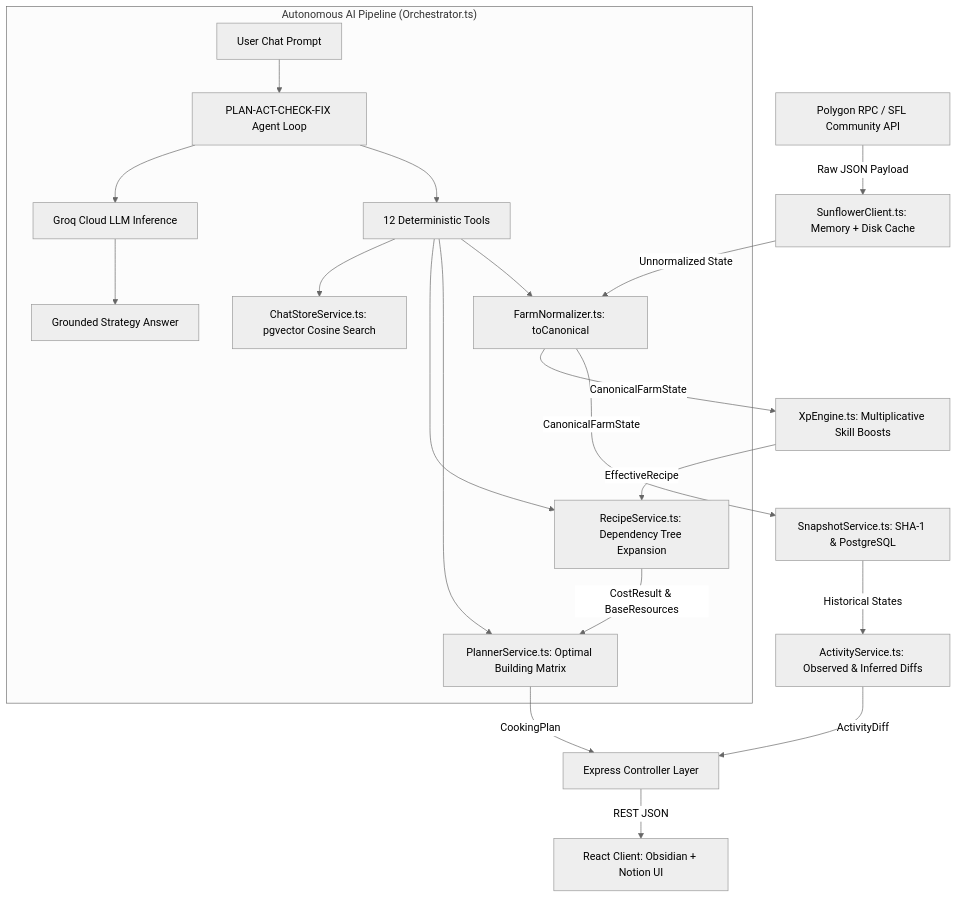
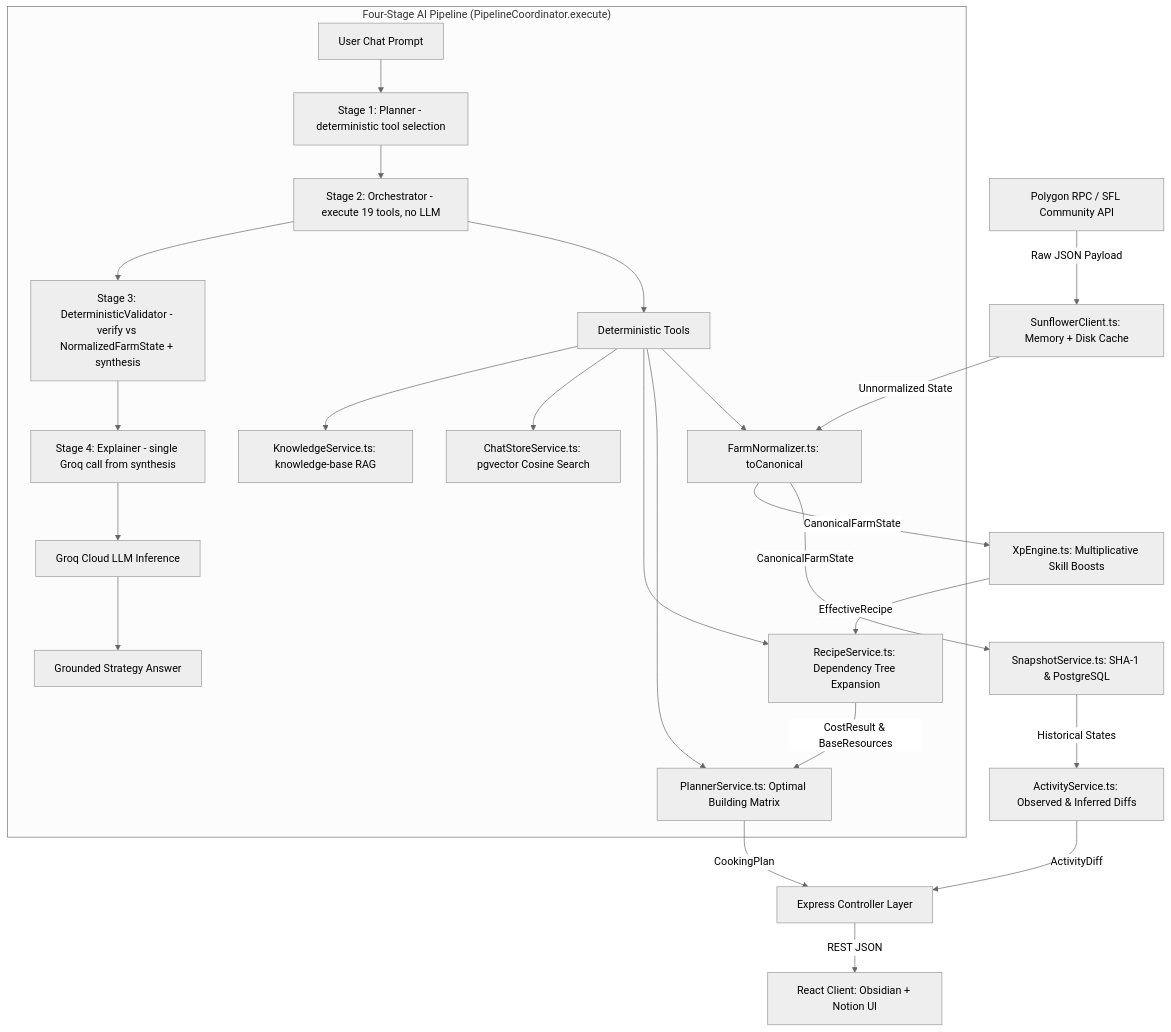
Before and after one commit to subhradip-me/eldric-sfl-ai-companion: the diagram in docs/07_DATA_FLOW.md, drawn with Mermaid (neutral theme). The commit also changed other lines of this file and 34 other files, not shown here.

````diff
--- a/docs/07_DATA_FLOW.md
+++ b/docs/07_DATA_FLOW.md
@@ -7,28 +7,32 @@
 ```mermaid
 graph TD
     Raw[Polygon RPC / SFL Community API] -->|Raw JSON Payload| Client[SunflowerClient.ts: Memory + Disk Cache]
     Client -->|Unnormalized State| Norm[FarmNormalizer.ts: toCanonical]
     
     Norm -->|CanonicalFarmState| Snap[SnapshotService.ts: SHA-1 & PostgreSQL]
     Norm -->|CanonicalFarmState| XPEng[XpEngine.ts: Multiplicative Skill Boosts]
     
     XPEng -->|EffectiveRecipe| Rec[RecipeService.ts: Dependency Tree Expansion]
     Rec -->|CostResult & BaseResources| Plan[PlannerService.ts: Optimal Building Matrix]
     
     Snap -->|Historical States| Activity[ActivityService.ts: Observed & Inferred Diffs]
     Plan -->|CookingPlan| API[Express Controller Layer]
     Activity -->|ActivityDiff| API
     
     API -->|REST JSON| UI[React Client: Obsidian + Notion UI]
     
-    subgraph AgentLoop["Autonomous AI Pipeline (Orchestrator.ts)"]
-        UserQ[User Chat Prompt] --> Agent[PLAN-ACT-CHECK-FIX Agent Loop]
-        Agent --> Tools[12 Deterministic Tools]
+    subgraph AgentLoop["Four-Stage AI Pipeline (PipelineCoordinator.execute)"]
+        UserQ[User Chat Prompt] --> Planner[Stage 1: Planner - deterministic tool selection]
+        Planner --> Orch[Stage 2: Orchestrator - execute 19 tools, no LLM]
+        Orch --> Tools[Deterministic Tools]
         Tools --> Norm
         Tools --> Plan
         Tools --> Rec
         Tools --> ChatStore[ChatStoreService.ts: pgvector Cosine Search]
-        Agent --> Groq[Groq Cloud LLM Inference]
+        Tools --> Know[KnowledgeService.ts: knowledge-base RAG]
+        Orch --> Validator[Stage 3: DeterministicValidator - verify vs NormalizedFarmState + synthesis]
+        Validator --> Explainer[Stage 4: Explainer - single Groq call from synthesis]
+        Explainer --> Groq[Groq Cloud LLM Inference]
         Groq --> FinalAns[Grounded Strategy Answer]
     end
 ```
````
